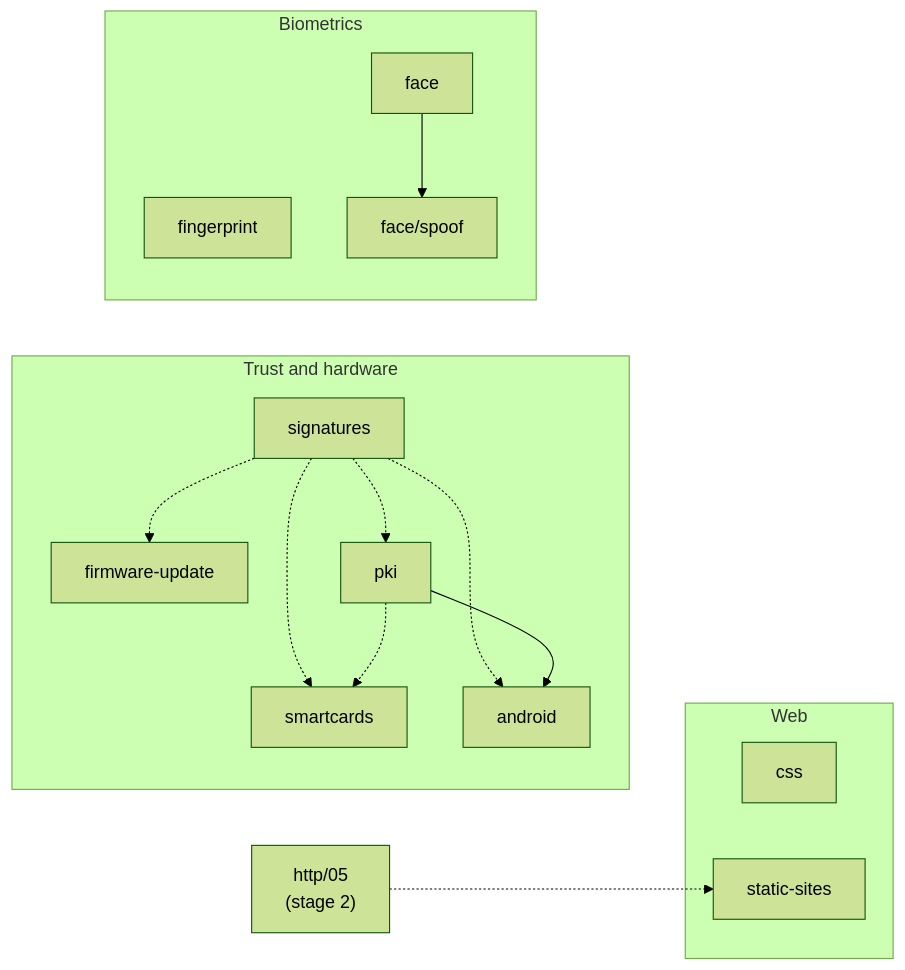
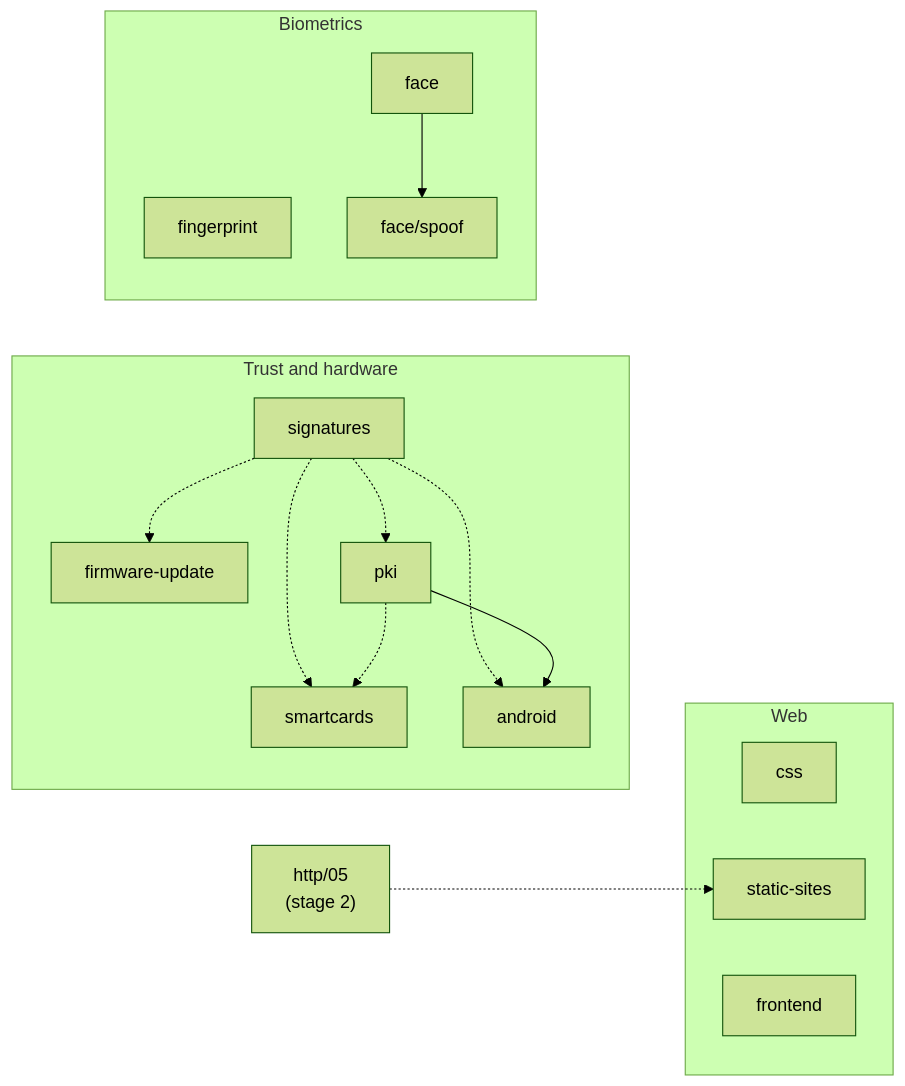
Before and after one commit to Beasr1/til: the second of 3 diagrams in README.md, drawn with Mermaid (forest theme). The commit also changed other lines of this file and 2 other files, not shown here.

Commit message:
docs: roadmap adds frontend, mongodb and observability; blog topics and backlog

````diff
--- a/README.md
+++ b/README.md
@@ -93,23 +96,24 @@
 ```mermaid
 flowchart LR
     subgraph W["Web"]
         css[css]
         ss[static-sites]
+        fe[frontend]
     end
 
     subgraph T["Trust and hardware"]
         sig[signatures] -.-> sc[smartcards]
         sig -.-> fw[firmware-update]
         sig -.-> andr[android]
         sig -.-> pki[pki]
         pki --> andr
         pki -.-> sc
     end
 
     subgraph B["Biometrics"]
         fp[fingerprint]
         face[face] --> spoof[face/spoof]
     end
 
     http05["http/05<br/>(stage 2)"] -.-> ss
 ```
````
